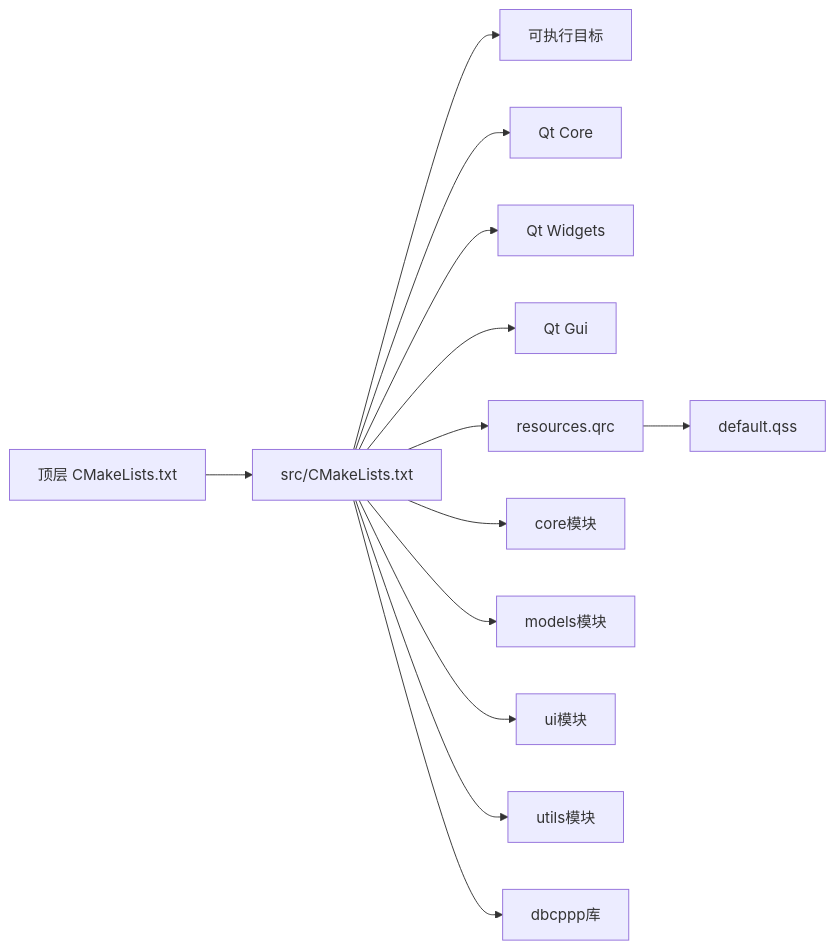
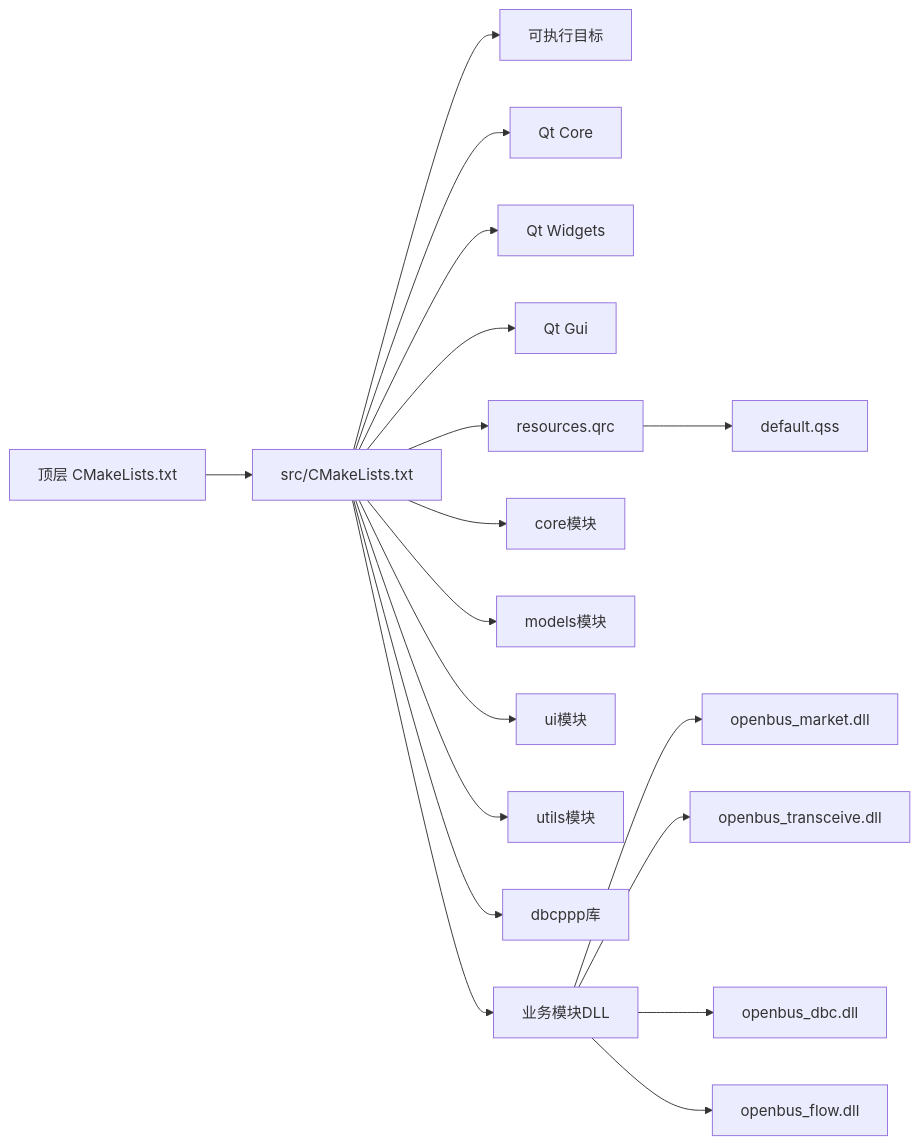
The sixth of 7 diagrams in .qoder/repowiki/zh/content/核心模块详解/核心模块详解.md (jakecai1225-design/OpenBus), drawn with Mermaid before and after one commit. The commit also changed other lines of this file and 177 other files, not shown here.

````diff
--- a/.qoder/repowiki/zh/content/核心模块详解/核心模块详解.md
+++ b/.qoder/repowiki/zh/content/核心模块详解/核心模块详解.md
@@ -491,15 +707,20 @@
 ```mermaid
 graph LR
 Top["顶层 CMakeLists.txt"] --> Src["src/CMakeLists.txt"]
 Src --> Target["可执行目标"]
 Src --> QtCore["Qt Core"]
 Src --> QtWidgets["Qt Widgets"]
 Src --> QtGui["Qt Gui"]
 Src --> QRC["resources.qrc"]
 QRC --> QSS["default.qss"]
 Src --> Core["core模块"]
 Src --> Models["models模块"]
 Src --> UI["ui模块"]
 Src --> Utils["utils模块"]
 Src --> DBCPP["dbcppp库"]
+Src --> Modules["业务模块DLL"]
+Modules --> Market["openbus_market.dll"]
+Modules --> Transceive["openbus_transceive.dll"]
+Modules --> DBC["openbus_dbc.dll"]
+Modules --> Flow["openbus_flow.dll"]
 ```
````
